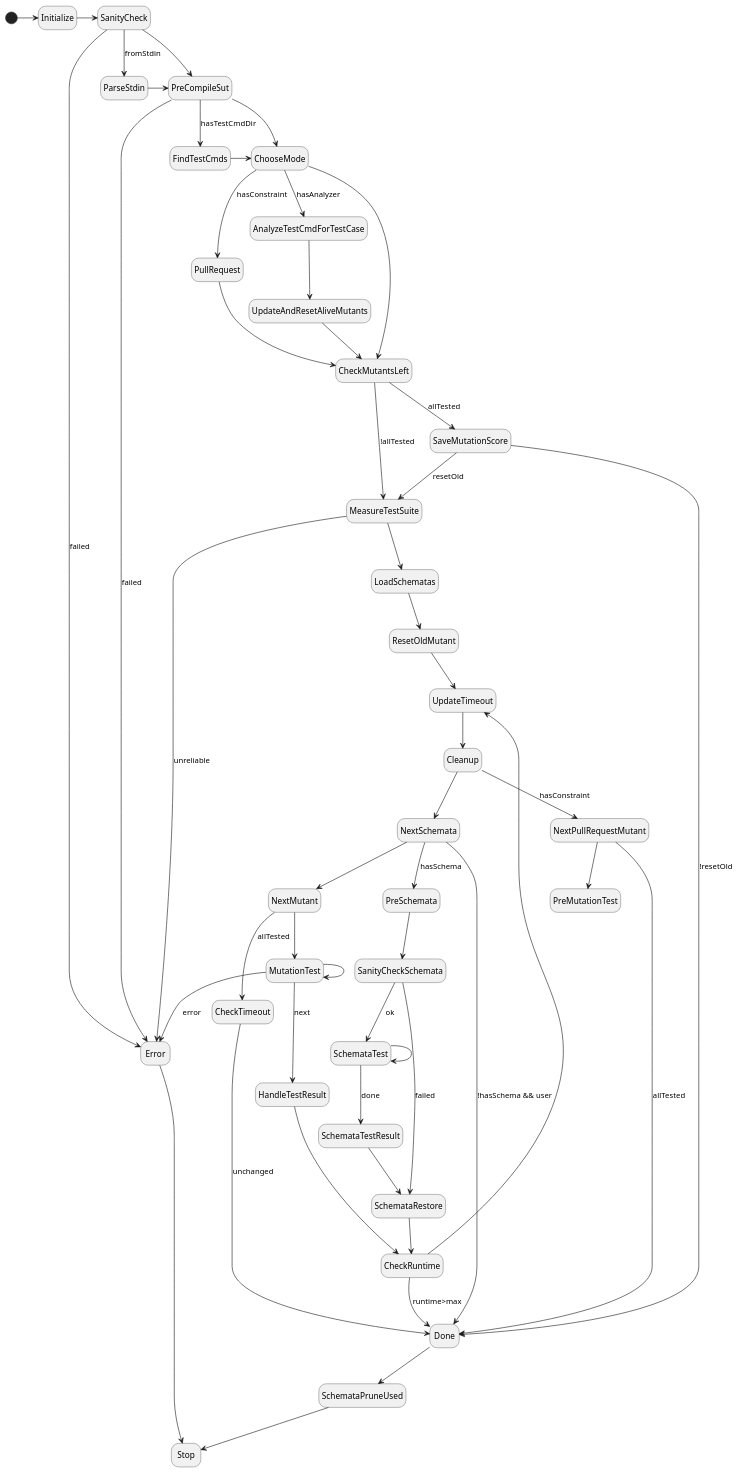
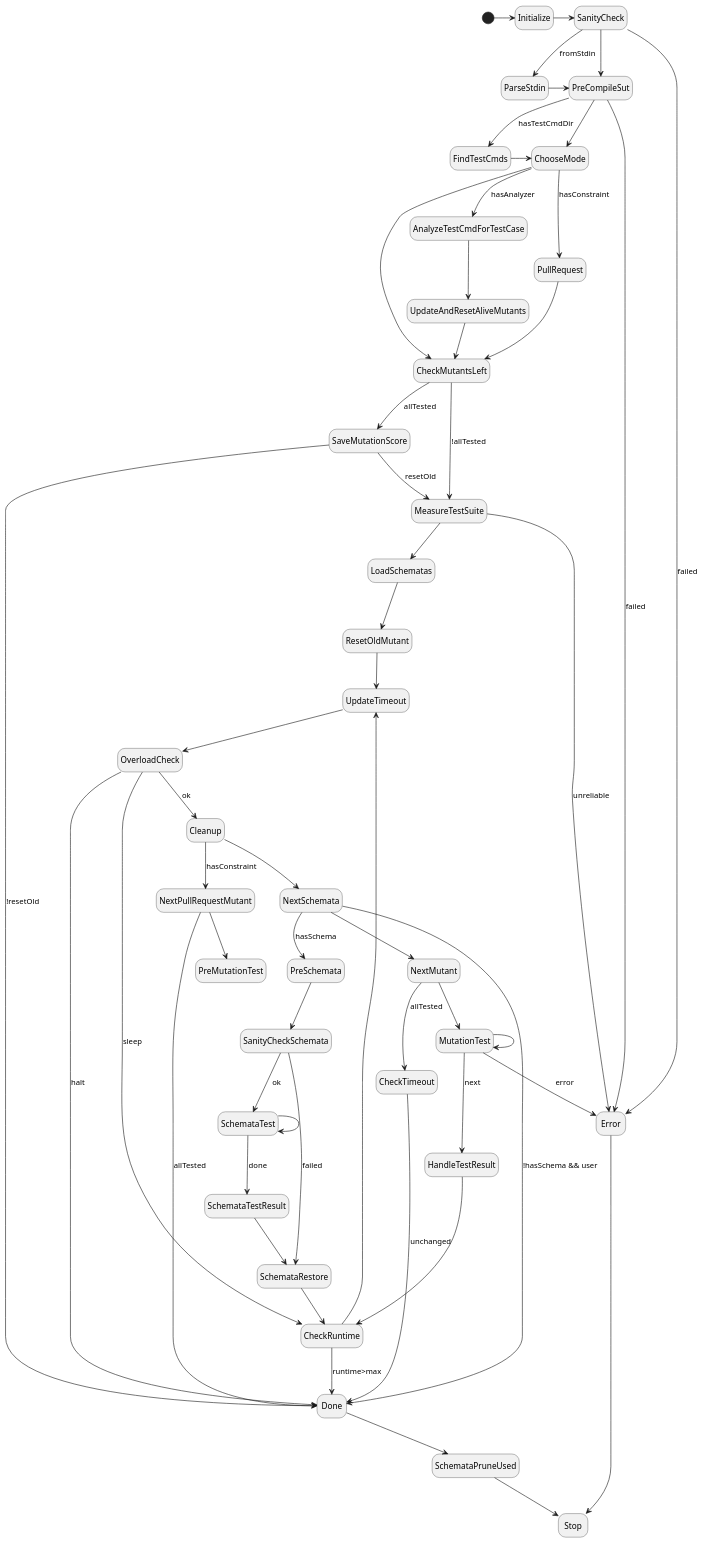
One commit to joakim-brannstrom/dextool changed the diagram in plugin/mutate/doc/design/figures/test_mutant_fsm.pu. Above: the diagram before and after it, drawn with PlantUML. The commit also changed 3 other files, not shown here.

```diff
--- a/plugin/mutate/doc/design/figures/test_mutant_fsm.pu
+++ b/plugin/mutate/doc/design/figures/test_mutant_fsm.pu
@@ -1,79 +1,83 @@
 @startuml
 hide empty description
 
 [*] -> Initialize
 
 Initialize -> SanityCheck
 
 SanityCheck --> Error : failed
 SanityCheck --> ParseStdin : fromStdin
 SanityCheck -> PreCompileSut
 
 ParseStdin -> PreCompileSut
 
 PreCompileSut --> Error : failed
 PreCompileSut --> FindTestCmds : hasTestCmdDir
 PreCompileSut --> ChooseMode
 
 FindTestCmds -> ChooseMode
 
 ChooseMode --> AnalyzeTestCmdForTestCase : hasAnalyzer
 ChooseMode --> PullRequest : hasConstraint
 ChooseMode --> CheckMutantsLeft
 
 PullRequest -> CheckMutantsLeft
 
 AnalyzeTestCmdForTestCase --> UpdateAndResetAliveMutants
 
 UpdateAndResetAliveMutants --> CheckMutantsLeft
 
-UpdateTimeout --> Cleanup
+UpdateTimeout --> OverloadCheck
+
+OverloadCheck --> CheckRuntime : sleep
+OverloadCheck --> Done : halt
+OverloadCheck --> Cleanup : ok
 
 Cleanup --> NextSchemata
 Cleanup --> NextPullRequestMutant : hasConstraint
 
 CheckMutantsLeft --> SaveMutationScore : allTested
 CheckMutantsLeft --> MeasureTestSuite : !allTested
 
 SaveMutationScore --> Done : !resetOld
 SaveMutationScore --> MeasureTestSuite : resetOld
 
 MeasureTestSuite --> Error : unreliable
 MeasureTestSuite --> LoadSchematas
 
 LoadSchematas --> ResetOldMutant
 
 ResetOldMutant --> UpdateTimeout
 
 CheckRuntime --> UpdateTimeout
 CheckRuntime --> Done : runtime>max
 
 NextPullRequestMutant --> PreMutationTest
 NextPullRequestMutant --> Done : allTested
 
 NextSchemata --> PreSchemata : hasSchema
 NextSchemata --> Done : !hasSchema && user
 NextSchemata --> NextMutant
 PreSchemata --> SanityCheckSchemata
 SanityCheckSchemata --> SchemataRestore : failed
 SanityCheckSchemata --> SchemataTest : ok
 SchemataTest --> SchemataTest
 SchemataTest --> SchemataTestResult : done
 SchemataTestResult --> SchemataRestore
 SchemataRestore --> CheckRuntime
 
 NextMutant --> CheckTimeout : allTested
 NextMutant --> MutationTest
 MutationTest --> HandleTestResult : next
 MutationTest --> Error : error
 MutationTest --> MutationTest
 
 HandleTestResult --> CheckRuntime
 
 CheckTimeout --> Done : unchanged
 
 Done --> SchemataPruneUsed
 SchemataPruneUsed --> Stop
 
 Error --> Stop
 @enduml
```
